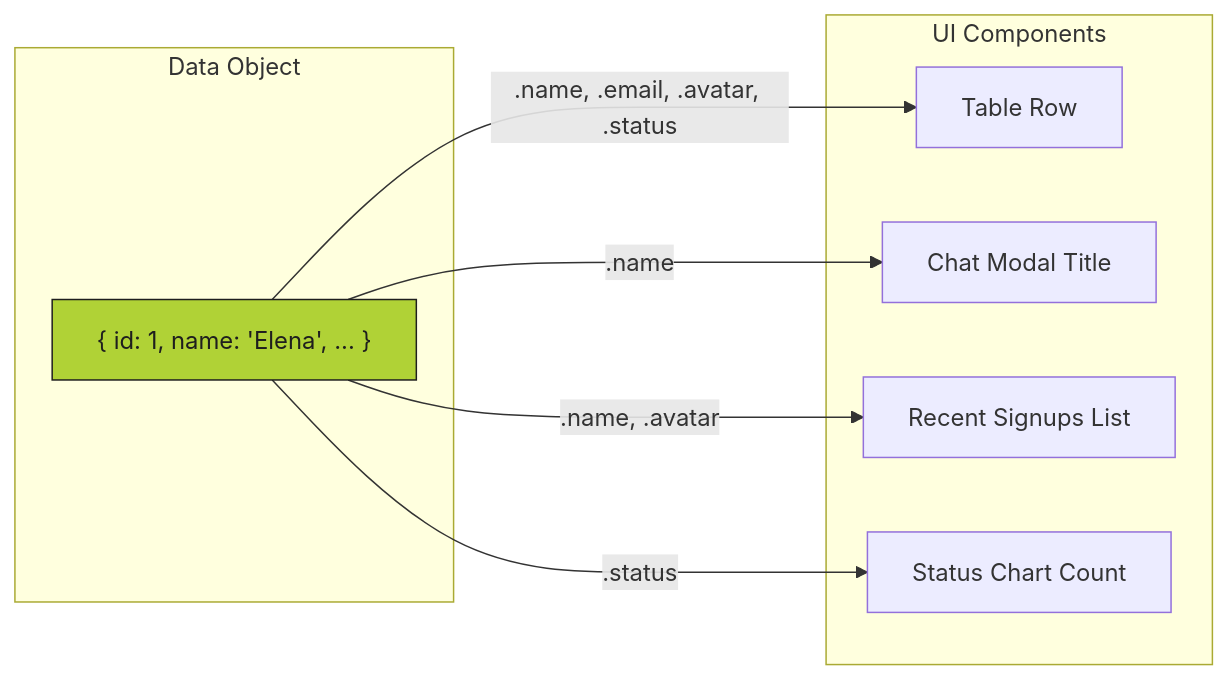
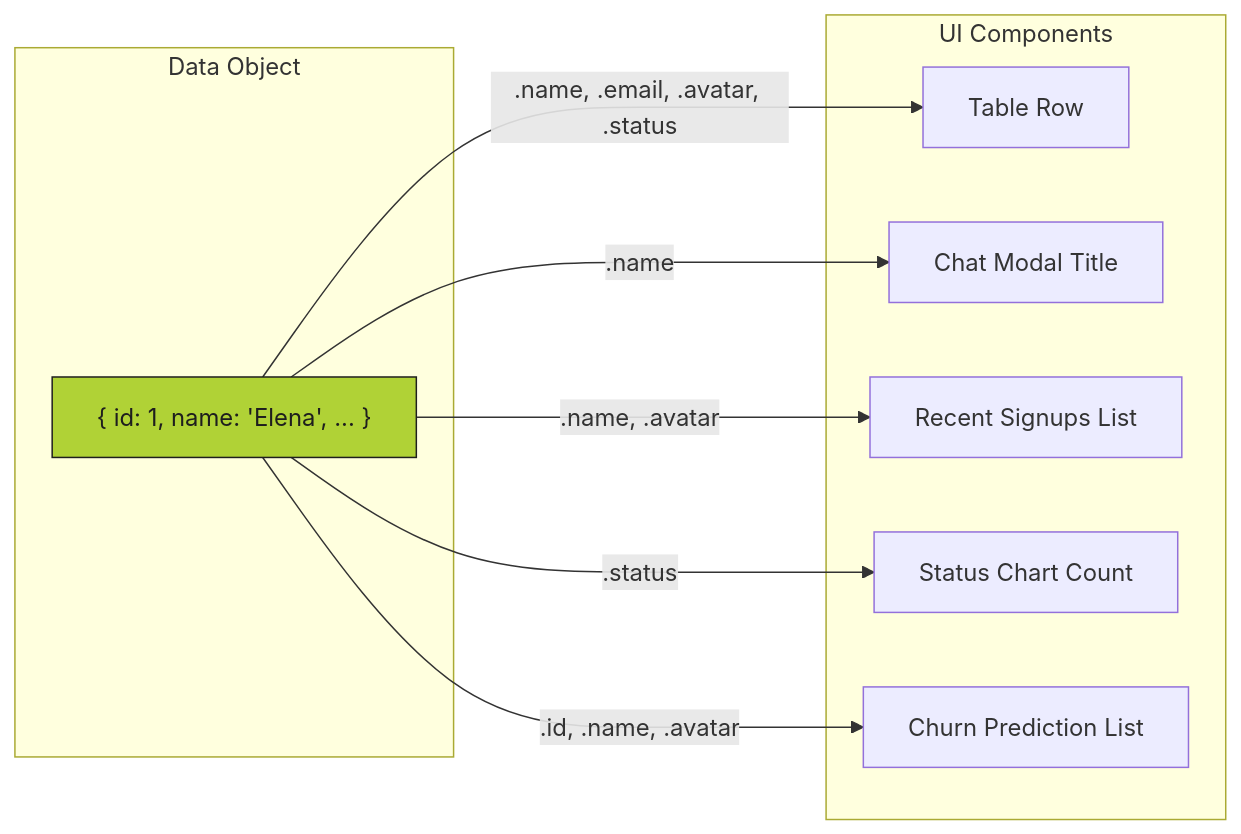
The fourth of 6 diagrams in src/pages/painel-cliente-360/README.md (matheusfly/saas-platform), drawn with Mermaid before and after one commit. The commit also changed other lines of this file and 2430 other files, not shown here.

````diff
--- a/src/pages/painel-cliente-360/README.md
+++ b/src/pages/painel-cliente-360/README.md
@@ -205,20 +191,23 @@
 ```mermaid
 graph LR
     subgraph "Data Object"
         Customer["{ id: 1, name: 'Elena', ... }"]
     end
 
     subgraph "UI Components"
         A[Table Row]
         B[Chat Modal Title]
         C[Recent Signups List]
         D[Status Chart Count]
+        E[Churn Prediction List]
     end
 
     Customer -- .name, .email, .avatar, .status --> A
     Customer -- .name --> B
     Customer -- .name, .avatar --> C
     Customer -- .status --> D
+    Customer -- .id, .name, .avatar --> E
+
 
     style Customer fill:#B0D236,stroke:#1E1E1E,color:#1E1E1E
 ```
````
